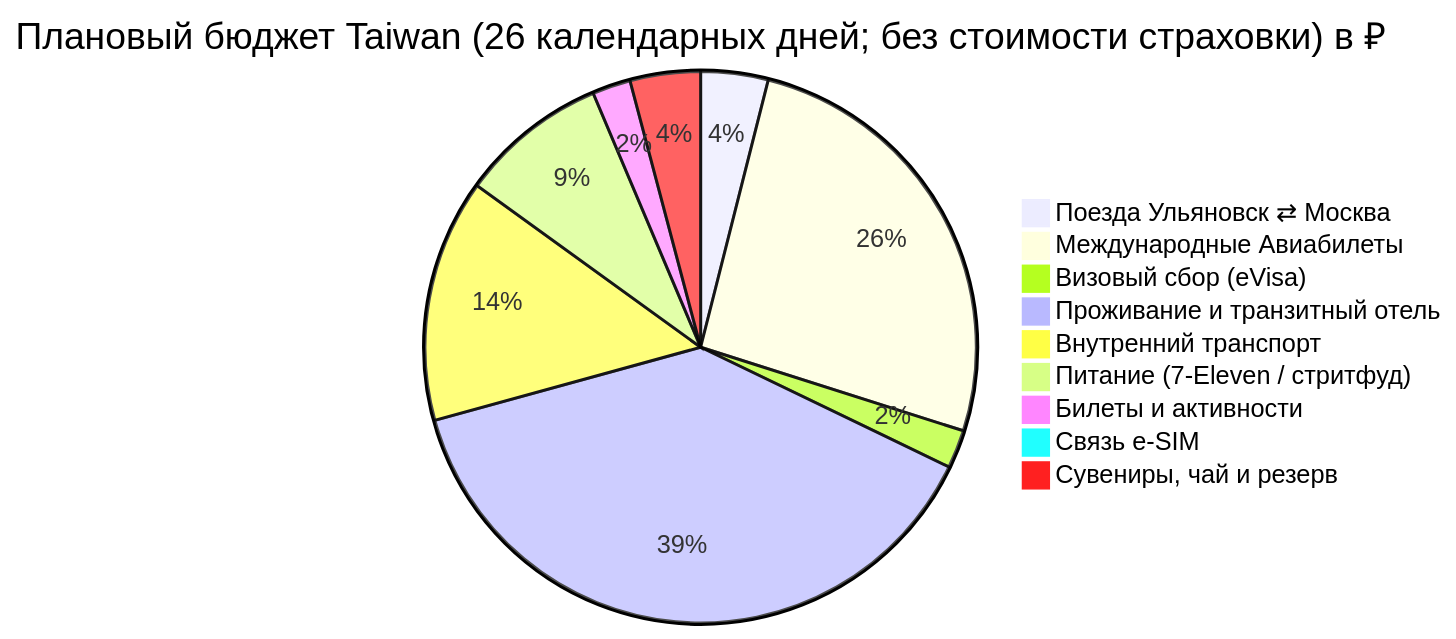
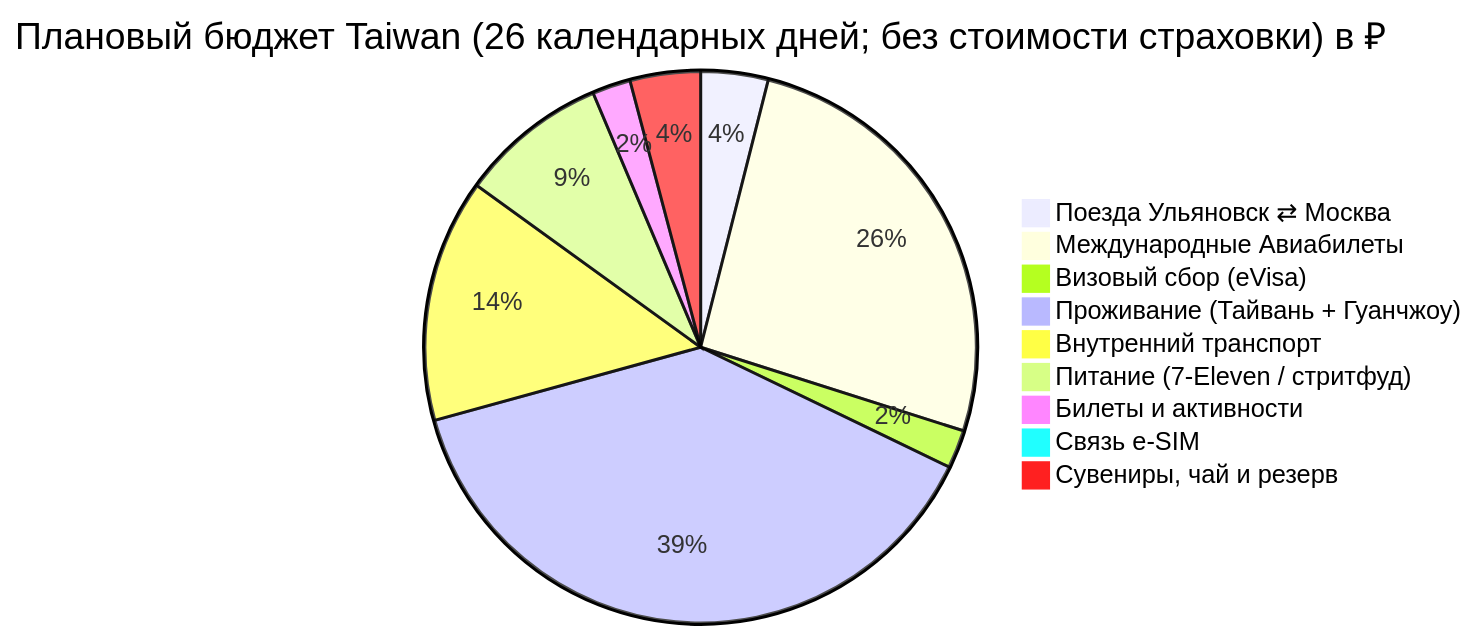
The diagram in Personal Note/Travel/05 Taiwan/04 - Финансы/Финансы.md (injurka/obsidian-mark), drawn with Mermaid before and after one commit. The commit also changed other lines of this file and 9 other files, not shown here.

````diff
--- a/Personal Note/Travel/05 Taiwan/04 - Финансы/Финансы.md
+++ b/Personal Note/Travel/05 Taiwan/04 - Финансы/Финансы.md
@@ -15,12 +15,12 @@
 ```mermaid
 pie title Плановый бюджет Taiwan (26 календарных дней; без стоимости страховки) в ₽
     "Поезда Ульяновск ⇄ Москва" : 8419
     "Международные Авиабилеты" : 55412
     "Визовый сбор (eVisa)" : 4800
-    "Проживание и транзитный отель" : 82357
+    "Проживание (Тайвань + Гуанчжоу)" : 82357
     "Внутренний транспорт" : 30393
     "Питание (7-Eleven / стритфуд)" : 18500
     "Билеты и активности" : 4796
-    "Связь e-SIM" : 298
+    "Связь e-SIM" : 338
     "Сувениры, чай и резерв" : 8800
 ```
````
